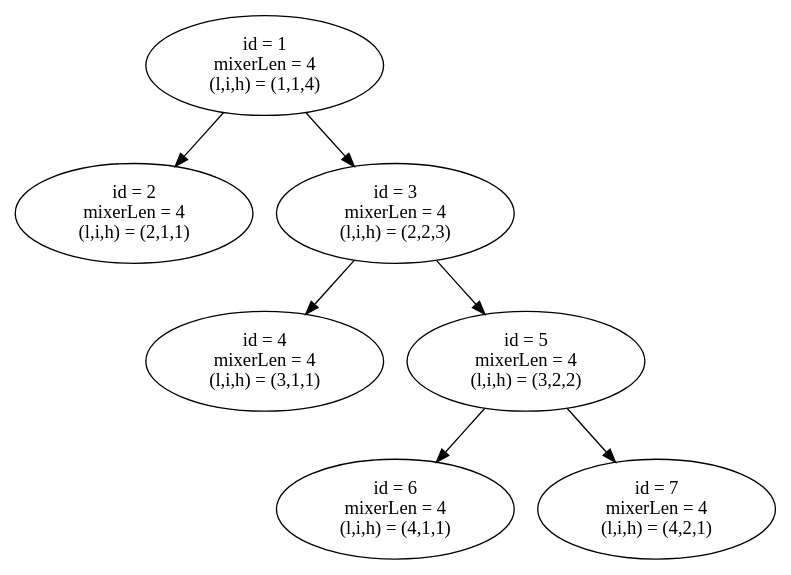
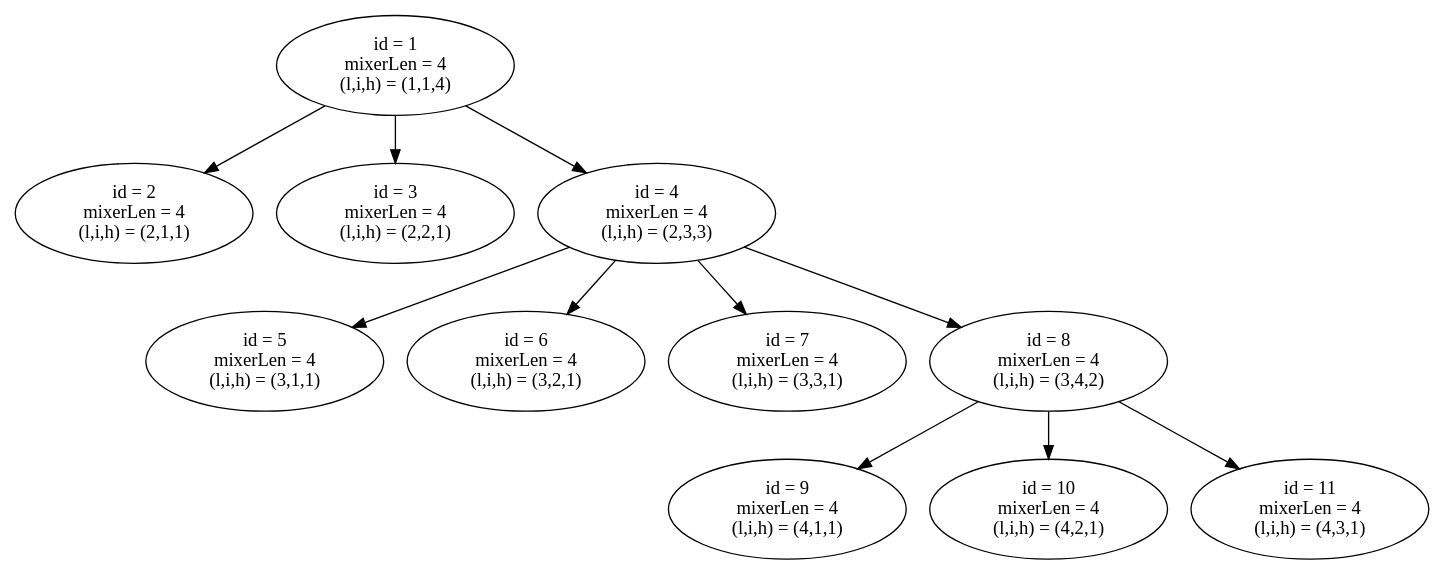
The diagram in PossibleRatios/skeletonTreeAfterAdding_lih.dot (AbhikKhan/ApproximatedSAT), drawn with Graphviz before and after one commit. The commit also changed 9642 other files, not shown here.

```diff
--- a/PossibleRatios/skeletonTreeAfterAdding_lih.dot
+++ b/PossibleRatios/skeletonTreeAfterAdding_lih.dot
@@ -1,16 +1,24 @@
 digraph "DD" { 
 graph [ ordering = "out"];
 1 [label = "id = 1\n mixerLen = 4 \n (l,i,h) = (1,1,4)"] 
 2 [label = "id = 2\n mixerLen = 4 \n (l,i,h) = (2,1,1)"] 
-3 [label = "id = 3\n mixerLen = 4 \n (l,i,h) = (2,2,3)"] 
-4 [label = "id = 4\n mixerLen = 4 \n (l,i,h) = (3,1,1)"] 
-5 [label = "id = 5\n mixerLen = 4 \n (l,i,h) = (3,2,2)"] 
-6 [label = "id = 6\n mixerLen = 4 \n (l,i,h) = (4,1,1)"] 
-7 [label = "id = 7\n mixerLen = 4 \n (l,i,h) = (4,2,1)"] 
+3 [label = "id = 3\n mixerLen = 4 \n (l,i,h) = (2,2,1)"] 
+4 [label = "id = 4\n mixerLen = 4 \n (l,i,h) = (2,3,3)"] 
+5 [label = "id = 5\n mixerLen = 4 \n (l,i,h) = (3,1,1)"] 
+6 [label = "id = 6\n mixerLen = 4 \n (l,i,h) = (3,2,1)"] 
+7 [label = "id = 7\n mixerLen = 4 \n (l,i,h) = (3,3,1)"] 
+8 [label = "id = 8\n mixerLen = 4 \n (l,i,h) = (3,4,2)"] 
+9 [label = "id = 9\n mixerLen = 4 \n (l,i,h) = (4,1,1)"] 
+10 [label = "id = 10\n mixerLen = 4 \n (l,i,h) = (4,2,1)"] 
+11 [label = "id = 11\n mixerLen = 4 \n (l,i,h) = (4,3,1)"] 
 1 -> 2;
 1 -> 3;
-3 -> 4;
-3 -> 5;
-5 -> 6;
-5 -> 7;
+1 -> 4;
+4 -> 5;
+4 -> 6;
+4 -> 7;
+4 -> 8;
+8 -> 9;
+8 -> 10;
+8 -> 11;
 }
```
